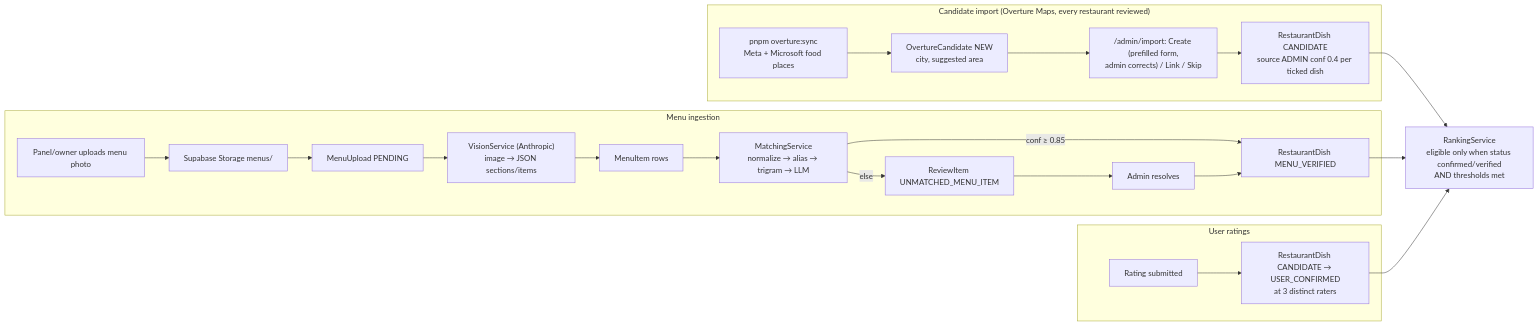
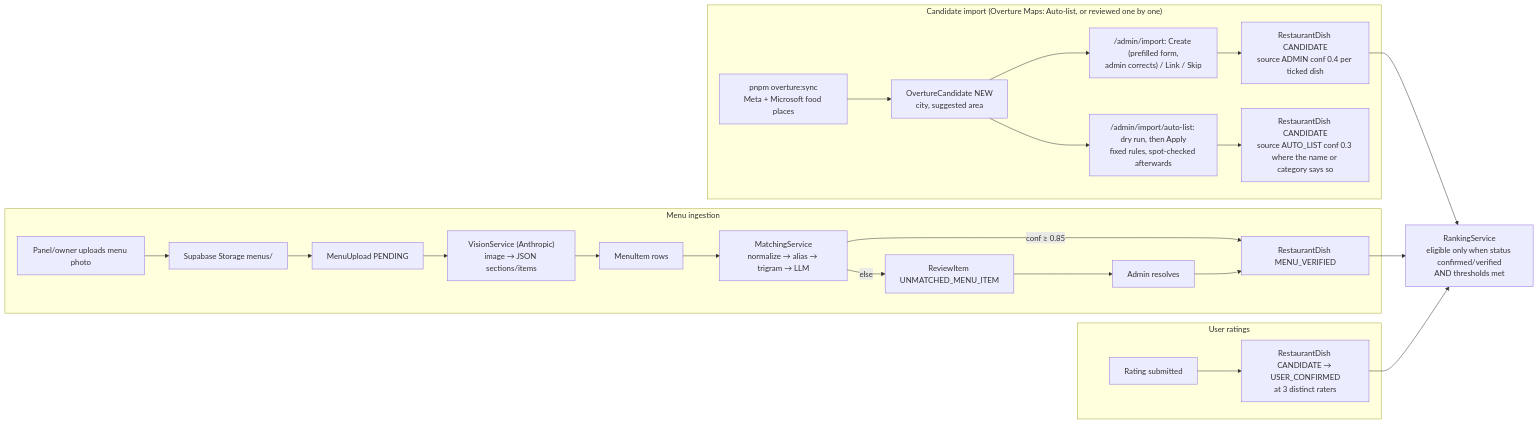
Before and after one commit to JawadSarfraz/dishrank: the diagram in docs/diagrams/seeding-and-menu-pipelines.mmd, drawn with Mermaid. The commit also changed 11 other files, not shown here.

First line of the commit message:
fix(import): Auto-list catches more duplicates, keeps real names and links fewer wrong dishes

```diff
--- a/docs/diagrams/seeding-and-menu-pipelines.mmd
+++ b/docs/diagrams/seeding-and-menu-pipelines.mmd
@@ -1,22 +1,24 @@
 flowchart LR
-  subgraph Seed["Candidate import (Overture Maps, every restaurant reviewed)"]
+  subgraph Seed["Candidate import (Overture Maps: Auto-list, or reviewed one by one)"]
     S["pnpm overture:sync<br/>Meta + Microsoft food places"] --> Q["OvertureCandidate NEW<br/>city, suggested area"]
     Q --> Imp["/admin/import: Create (prefilled form,<br/>admin corrects) / Link / Skip"]
     Imp --> RD0["RestaurantDish CANDIDATE<br/>source ADMIN conf 0.4 per ticked dish"]
+    Q --> Auto["/admin/import/auto-list: dry run, then Apply<br/>fixed rules, spot-checked afterwards"]
+    Auto --> RD1["RestaurantDish CANDIDATE<br/>source AUTO_LIST conf 0.3 where the name or category says so"]
   end
   subgraph Menu["Menu ingestion"]
     Up["Panel/owner uploads menu photo"] --> ST["Supabase Storage menus/"]
     ST --> MU["MenuUpload PENDING"]
     MU --> V["VisionService (Anthropic)<br/>image → JSON sections/items"]
     V --> MI["MenuItem rows"]
     MI --> M["MatchingService<br/>normalize → alias → trigram → LLM"]
     M -->|conf ≥ 0.85| RDV["RestaurantDish MENU_VERIFIED"]
     M -->|else| RQ["ReviewItem UNMATCHED_MENU_ITEM"]
     RQ --> Adm["Admin resolves"] --> RDV
   end
   subgraph Users["User ratings"]
     Rt["Rating submitted"] --> RDU["RestaurantDish CANDIDATE → USER_CONFIRMED<br/>at 3 distinct raters"]
   end
   RD0 --> Rank["RankingService<br/>eligible only when status confirmed/verified<br/>AND thresholds met"]
   RDV --> Rank
   RDU --> Rank
```
